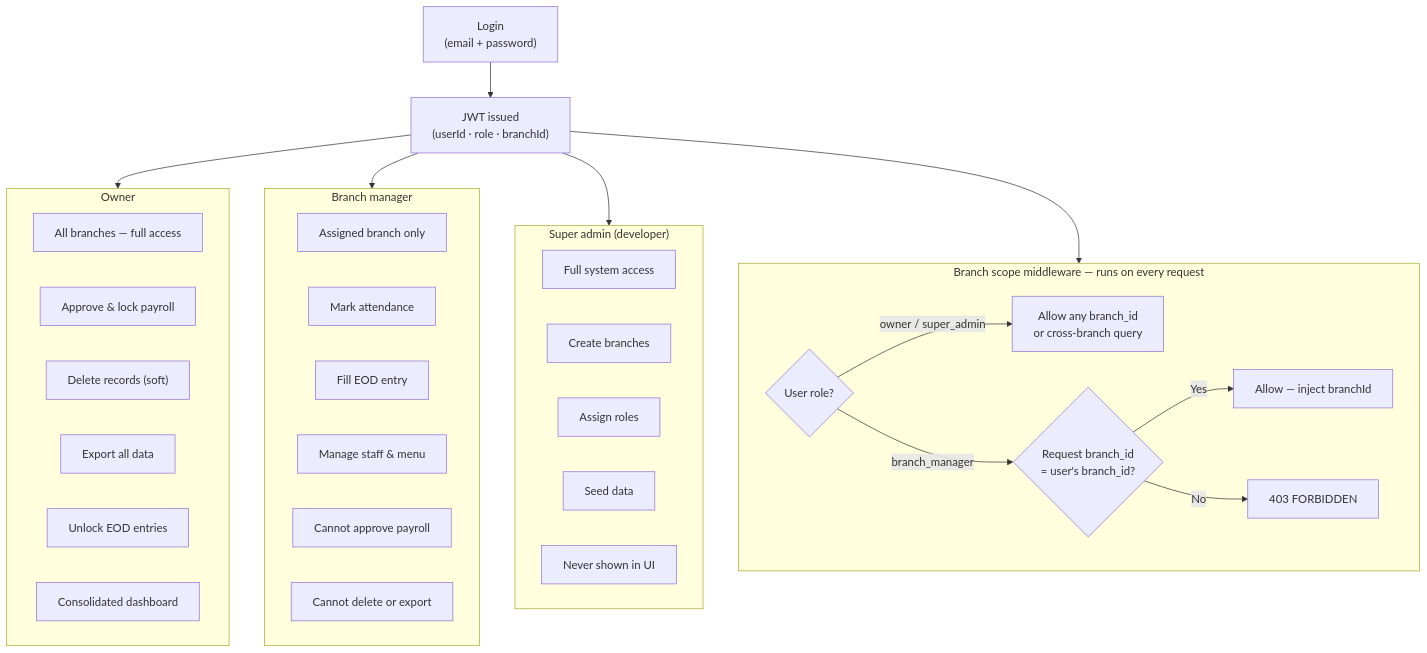
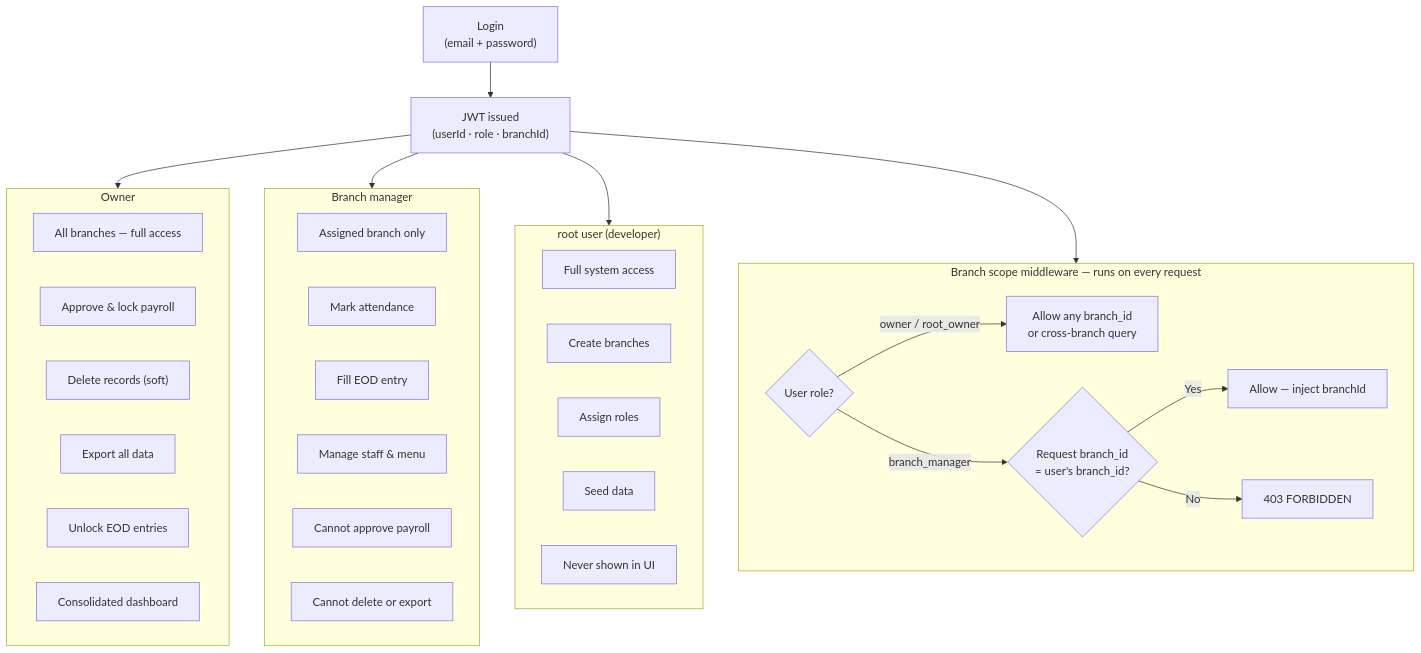
One commit to AbhishekS-381/Sree-Vaishnaves-Management changed the third of 14 diagrams in Documentations/MODULE-MAPS.md. Above: the diagram before and after it, drawn with Mermaid. The commit also changed 72 other files, not shown here.

````diff
--- a/Documentations/MODULE-MAPS.md
+++ b/Documentations/MODULE-MAPS.md
@@ -132,47 +132,47 @@
 ```mermaid
 flowchart TD
   LOGIN["Login\n(email + password)"]
   JWT["JWT issued\n(userId · role · branchId)"]
 
   LOGIN --> JWT
 
   JWT --> OWNER
   JWT --> MANAGER
-  JWT --> SUPERADMIN
+  JWT --> ROOTUSER
 
   subgraph OWNER["Owner"]
     O1["All branches — full access"]
     O2["Approve & lock payroll"]
     O3["Delete records (soft)"]
     O4["Export all data"]
     O5["Unlock EOD entries"]
     O6["Consolidated dashboard"]
   end
 
   subgraph MANAGER["Branch manager"]
     M1["Assigned branch only"]
     M2["Mark attendance"]
     M3["Fill EOD entry"]
     M4["Manage staff & menu"]
     M5["Cannot approve payroll"]
     M6["Cannot delete or export"]
   end
 
-  subgraph SUPERADMIN["Super admin (developer)"]
+  subgraph ROOTUSER["root user (developer)"]
     S1["Full system access"]
     S2["Create branches"]
     S3["Assign roles"]
     S4["Seed data"]
     S5["Never shown in UI"]
   end
 
   JWT --> SCOPE
 
   subgraph SCOPE["Branch scope middleware — runs on every request"]
     SC1{"User role?"}
-    SC1 -->|owner / super_admin| SC2["Allow any branch_id\nor cross-branch query"]
+    SC1 -->|owner / root_owner| SC2["Allow any branch_id\nor cross-branch query"]
     SC1 -->|branch_manager| SC3{"Request branch_id\n= user's branch_id?"}
     SC3 -->|Yes| SC4["Allow — inject branchId"]
     SC3 -->|No| SC5["403 FORBIDDEN"]
   end
 ```
````
